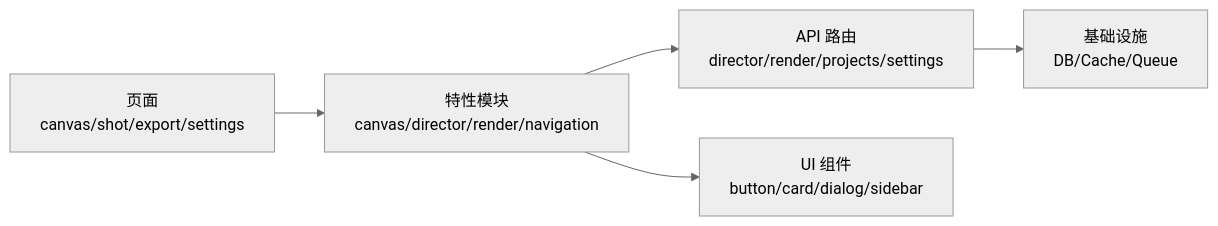
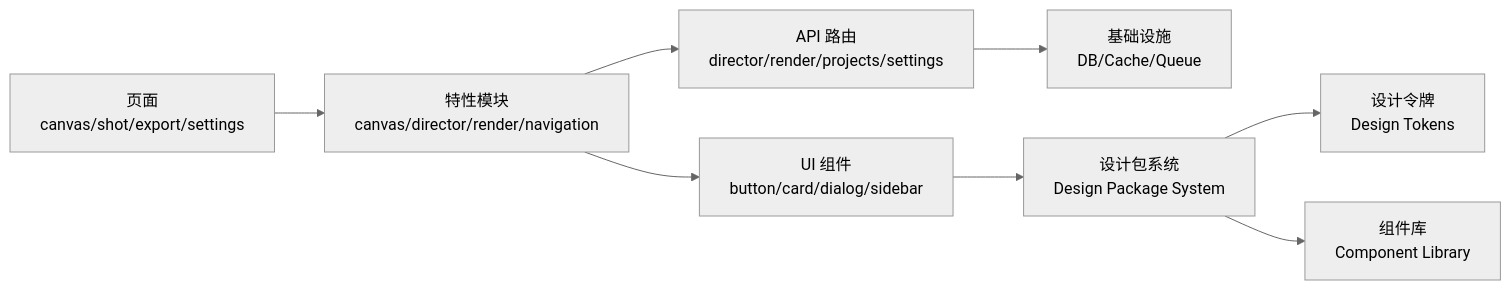
Before and after one commit to AIMFllyYS/code-video-canvas: the ninth of 9 diagrams in .qoder/repowiki/zh/content/UI 组件库/设计系统/PurpleInk v3 设计系统.md, drawn with Mermaid (neutral theme). The commit also changed other lines of this file and 44 other files, not shown here.

````diff
--- a/.qoder/repowiki/zh/content/UI 组件库/设计系统/PurpleInk v3 设计系统.md
+++ b/.qoder/repowiki/zh/content/UI 组件库/设计系统/PurpleInk v3 设计系统.md
@@ -505,7 +575,10 @@
 ```mermaid
 graph LR
 Page["页面<br/>canvas/shot/export/settings"] --> Feature["特性模块<br/>canvas/director/render/navigation"]
 Feature --> API["API 路由<br/>director/render/projects/settings"]
 API --> Infra["基础设施<br/>DB/Cache/Queue"]
 Feature --> UI["UI 组件<br/>button/card/dialog/sidebar"]
+UI --> DesignPack["设计包系统<br/>Design Package System"]
+DesignPack --> Tokens["设计令牌<br/>Design Tokens"]
+DesignPack --> Components["组件库<br/>Component Library"]
 ```
````
